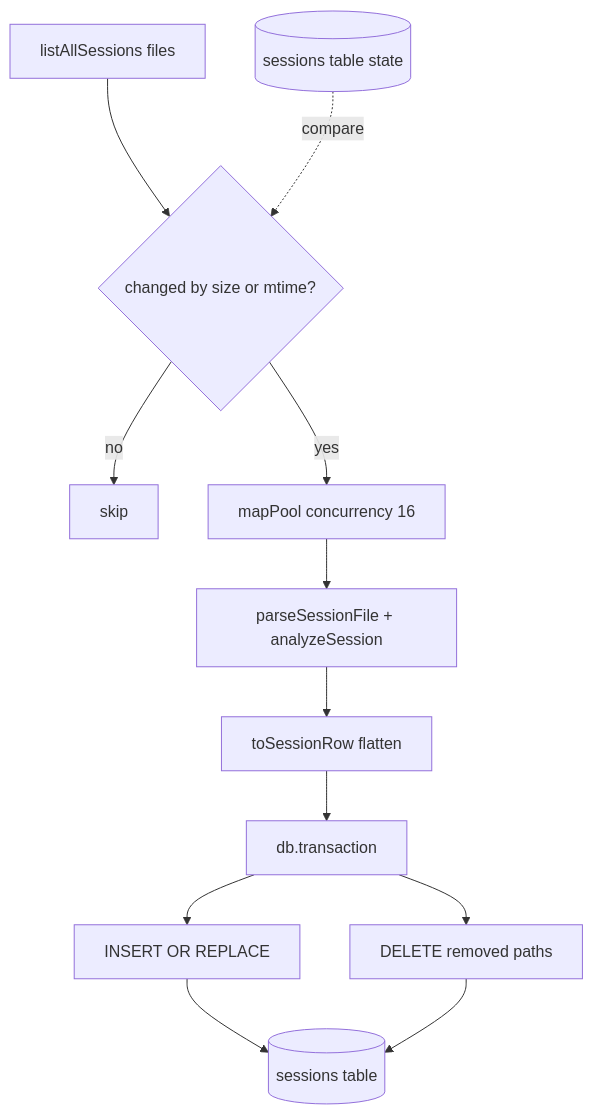
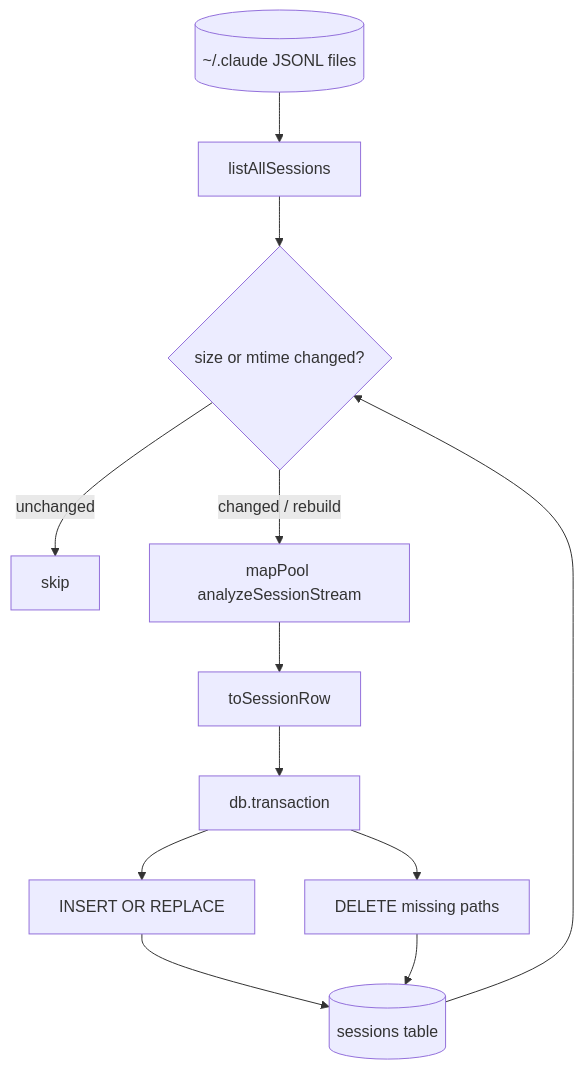
The diagram in wiki/2.3-index-and-analytics.md (yorch/cc-analyzer), drawn with Mermaid before and after one commit. The commit also changed other lines of this file and 19 other files, not shown here.

````diff
--- a/wiki/2.3-index-and-analytics.md
+++ b/wiki/2.3-index-and-analytics.md
@@ -58,14 +48,14 @@
 ```mermaid
 flowchart TD
-    Files[listAllSessions files] --> Diff{changed by size or mtime?}
-    Existing[(sessions table state)] -.compare.-> Diff
-    Diff -->|no| Skip[skip]
-    Diff -->|yes| Pool[mapPool concurrency 16]
-    Pool --> Parse[parseSessionFile + analyzeSession]
-    Parse --> Row[toSessionRow flatten]
-    Row --> Tx[db.transaction]
-    Tx --> Upsert[INSERT OR REPLACE]
-    Tx --> Prune[DELETE removed paths]
-    Upsert --> Sessions[(sessions table)]
-    Prune --> Sessions
+    Disk[(~/.claude JSONL files)] --> List[listAllSessions]
+    Existing[(sessions table)] --> Cmp{size or mtime changed?}
+    List --> Cmp
+    Cmp -->|unchanged| Skip[skip]
+    Cmp -->|changed / rebuild| Pool[mapPool analyzeSessionStream]
+    Pool --> Flatten[toSessionRow]
+    Flatten --> Txn[db.transaction]
+    Txn --> Upsert[INSERT OR REPLACE]
+    Txn --> Prune[DELETE missing paths]
+    Upsert --> Existing
+    Prune --> Existing
 ```
````
